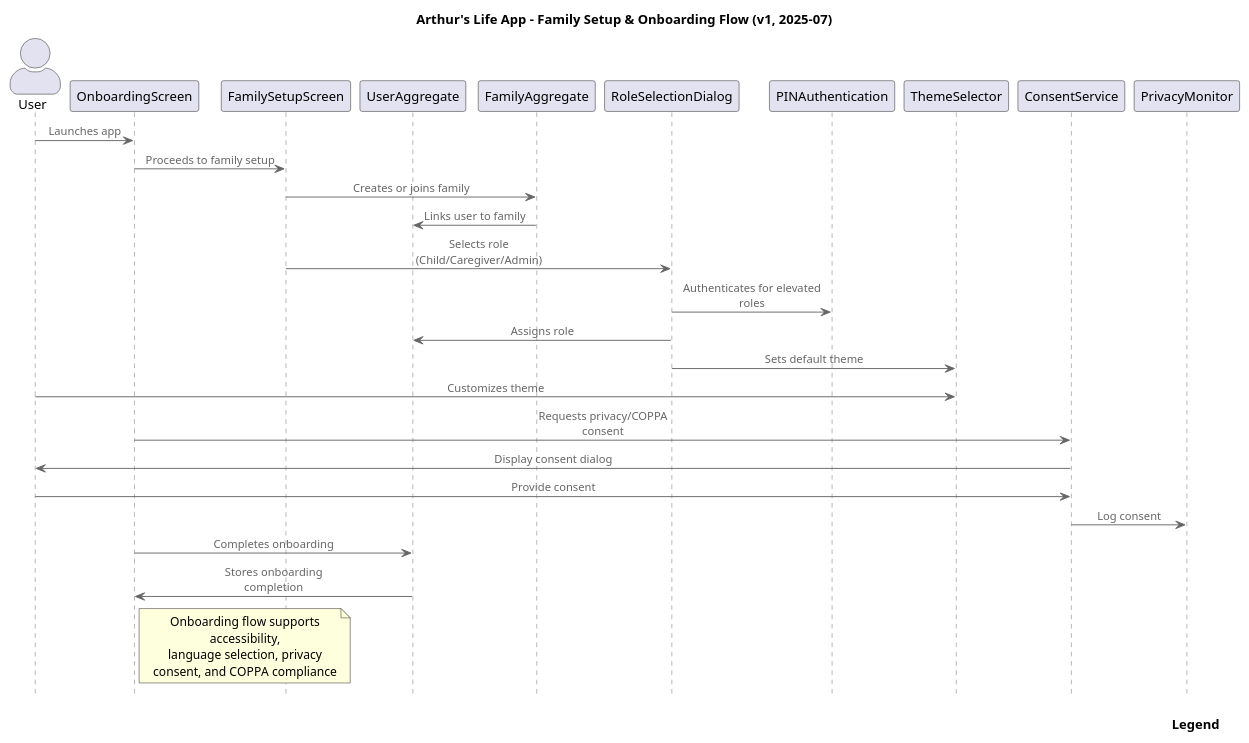
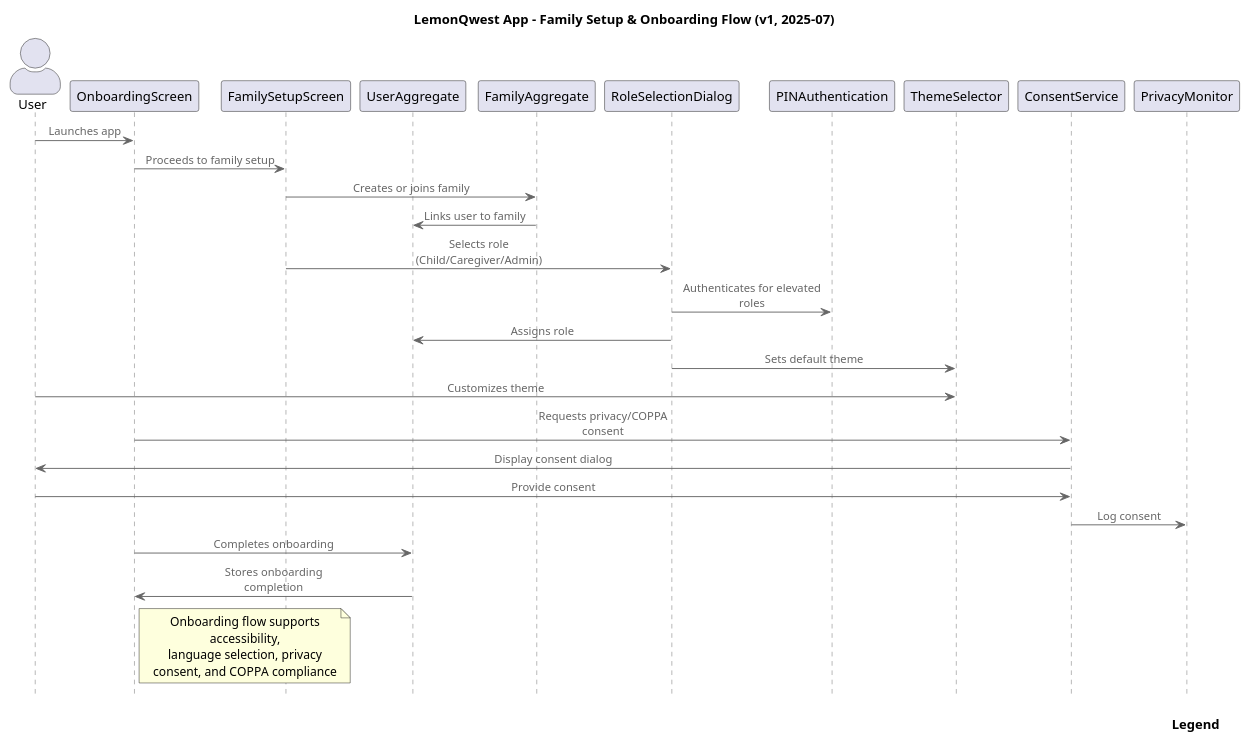
One commit to almeidaraphael/arthurs-life-app changed the diagram in docs/diagrams/family-setup-onboarding-flow.puml. Above: the diagram before and after it, drawn with PlantUML. The commit also changed 705 other files, not shown here.

```diff
--- a/docs/diagrams/family-setup-onboarding-flow.puml
+++ b/docs/diagrams/family-setup-onboarding-flow.puml
@@ -1,38 +1,38 @@
 @startuml family-setup-onboarding-flow
 !includeurl https://raw.githubusercontent.com/plantuml-stdlib/C4-PlantUML/master/C4_Sequence.puml
 
 LAYOUT_WITH_LEGEND()
 
-title Arthur's Life App - Family Setup & Onboarding Flow (v1, 2025-07)
+title LemonQwest App - Family Setup & Onboarding Flow (v1, 2025-07)
 
 actor User
 participant "OnboardingScreen" as onboarding
 participant "FamilySetupScreen" as familysetup
 participant "UserAggregate" as user
 participant "FamilyAggregate" as family
 participant "RoleSelectionDialog" as roleDialog
 participant "PINAuthentication" as pinAuth
 participant "ThemeSelector" as themeSelector
 participant "ConsentService" as consent
 participant "PrivacyMonitor" as privacyMon
 
 User -> onboarding : Launches app
 onboarding -> familysetup : Proceeds to family setup
 familysetup -> family : Creates or joins family
 family -> user : Links user to family
 familysetup -> roleDialog : Selects role (Child/Caregiver/Admin)
 roleDialog -> pinAuth : Authenticates for elevated roles
 roleDialog -> user : Assigns role
 roleDialog -> themeSelector : Sets default theme
 User -> themeSelector : Customizes theme
 onboarding -> consent : Requests privacy/COPPA consent
 consent -> User : Display consent dialog
 User -> consent : Provide consent
 consent -> privacyMon : Log consent
 onboarding -> user : Completes onboarding
 user -> onboarding : Stores onboarding completion
 
 note right of onboarding : Onboarding flow supports accessibility,\nlanguage selection, privacy consent, and COPPA compliance
 
 SHOW_LEGEND()
 @enduml
```
